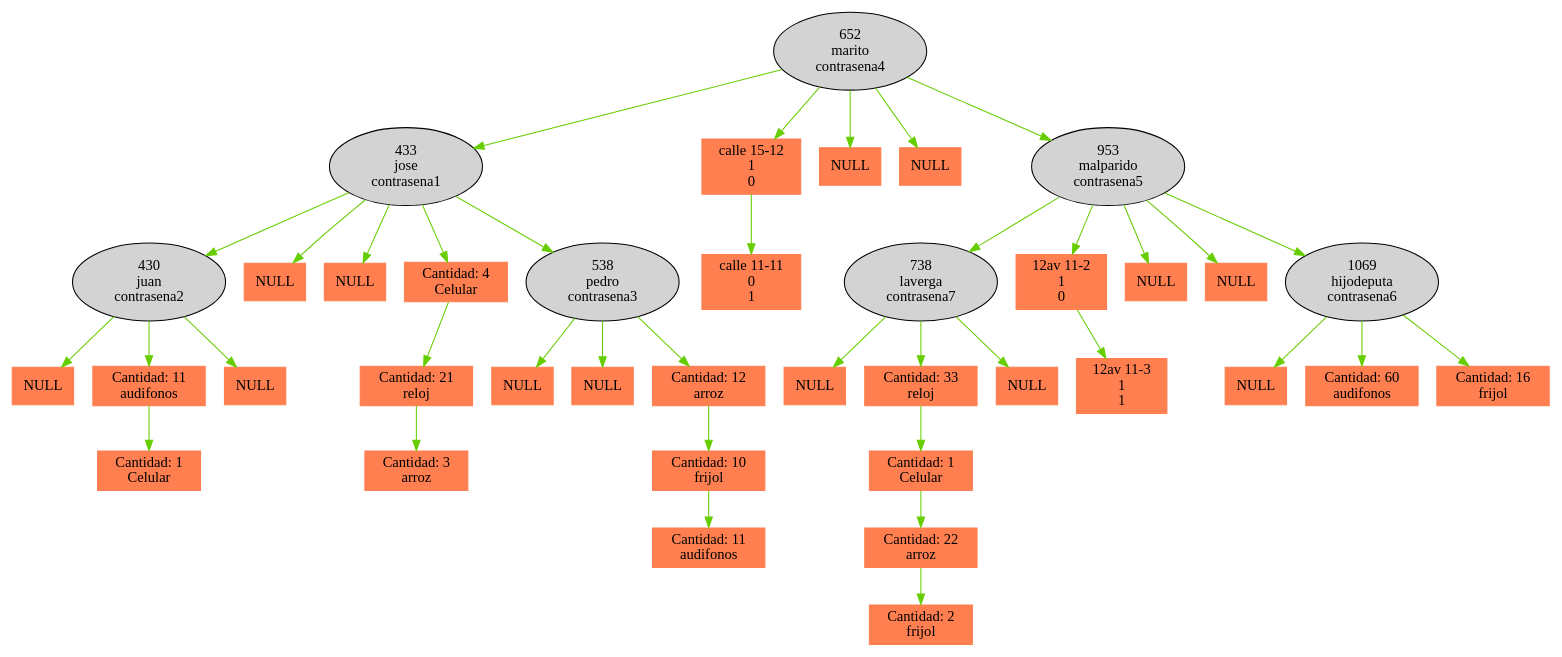
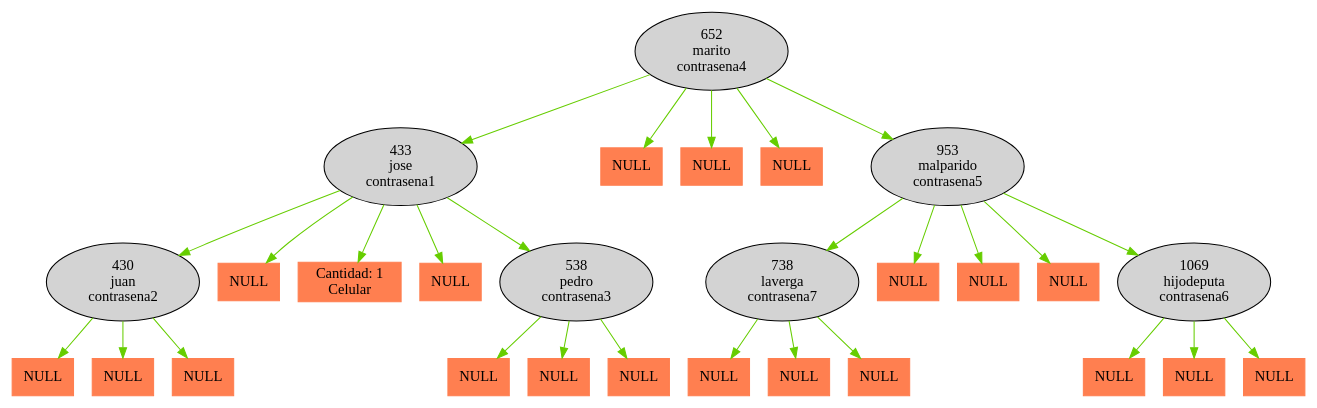
One commit to JColindres/P2-EDD-DIC18 changed the diagram in Proyecto2_201602713_201612216/Servidor/arbol.dot. Above: the diagram before and after it, drawn with Graphviz. The commit also changed 90 other files, not shown here.

```diff
--- a/Proyecto2_201602713_201612216/Servidor/arbol.dot
+++ b/Proyecto2_201602713_201612216/Servidor/arbol.dot
@@ -1,95 +1,81 @@
 digraph G {node[shape=ellipse, style=filled]; edge[color=chartreuse3];rankdir=UD 
 
 Node652[label="652\nmarito\ncontrasena4"];
 Node652 -> Node433
 Node433[label="433\njose\ncontrasena1"];
 Node433 -> Node430
 Node430[label="430\njuan\ncontrasena2"];
 Node430->Node_430_direccion_null 
  Node_430_direccion_null[shape=box,color=coral,label="NULL"];
 
-Node430->Node_430_compras_0 -> Node_430_compras_1 
- Node_430_compras_0[shape=box, color=coral, label="Cantidad: 11\naudifonos"];
- Node_430_compras_1[shape=box, color=coral, label="Cantidad: 1\nCelular"];
+Node430->Node_430_compras_null 
+ Node_430_compras_null[shape=box,color=coral,label="NULL"];
 
 Node430->Node_430_carrito_null 
  Node_430_carrito_null[shape=box,color=coral,label="NULL"];
 
 Node433->Node_433_direccion_null 
  Node_433_direccion_null[shape=box,color=coral,label="NULL"];
 
-Node433->Node_433_compras_null 
- Node_433_compras_null[shape=box,color=coral,label="NULL"];
+Node433->Node_433_compras_0 
+ Node_433_compras_0[shape=box,color=coral,label="Cantidad: 1\nCelular"];
 
-Node433->Node_433_carrito_0 -> Node_433_carrito_1 
- Node_433_carrito_0[shape=box, color=coral, label="Cantidad: 4\nCelular"];
-Node_433_carrito_1 -> Node_433_carrito_2 
- Node_433_carrito_1[shape=box, color=coral, label="Cantidad: 21\nreloj"];
- Node_433_carrito_2[shape=box, color=coral, label="Cantidad: 3\narroz"];
+Node433->Node_433_carrito_null 
+ Node_433_carrito_null[shape=box,color=coral,label="NULL"];
 
 Node433 -> Node538
 Node538[label="538\npedro\ncontrasena3"];
 Node538->Node_538_direccion_null 
  Node_538_direccion_null[shape=box,color=coral,label="NULL"];
 
 Node538->Node_538_compras_null 
  Node_538_compras_null[shape=box,color=coral,label="NULL"];
 
-Node538->Node_538_carrito_0 -> Node_538_carrito_1 
- Node_538_carrito_0[shape=box, color=coral, label="Cantidad: 12\narroz"];
-Node_538_carrito_1 -> Node_538_carrito_2 
- Node_538_carrito_1[shape=box, color=coral, label="Cantidad: 10\nfrijol"];
- Node_538_carrito_2[shape=box, color=coral, label="Cantidad: 11\naudifonos"];
+Node538->Node_538_carrito_null 
+ Node_538_carrito_null[shape=box,color=coral,label="NULL"];
 
-Node652->Node_652_direccion_0 -> Node_652_direccion_1 
- Node_652_direccion_0[shape=box, color=coral, label="calle 15-12\n1\n0"];
- Node_652_direccion_1[shape=box, color=coral, label="calle 11-11\n0\n1"];
+Node652->Node_652_direccion_null 
+ Node_652_direccion_null[shape=box,color=coral,label="NULL"];
 
 Node652->Node_652_compras_null 
  Node_652_compras_null[shape=box,color=coral,label="NULL"];
 
 Node652->Node_652_carrito_null 
  Node_652_carrito_null[shape=box,color=coral,label="NULL"];
 
 Node652 -> Node953
 Node953[label="953\nmalparido\ncontrasena5"];
 Node953 -> Node738
 Node738[label="738\nlaverga\ncontrasena7"];
 Node738->Node_738_direccion_null 
  Node_738_direccion_null[shape=box,color=coral,label="NULL"];
 
-Node738->Node_738_compras_0 -> Node_738_compras_1 
- Node_738_compras_0[shape=box, color=coral, label="Cantidad: 33\nreloj"];
-Node_738_compras_1 -> Node_738_compras_2 
- Node_738_compras_1[shape=box, color=coral, label="Cantidad: 1\nCelular"];
-Node_738_compras_2 -> Node_738_compras_3 
- Node_738_compras_2[shape=box, color=coral, label="Cantidad: 22\narroz"];
- Node_738_compras_3[shape=box, color=coral, label="Cantidad: 2\nfrijol"];
+Node738->Node_738_compras_null 
+ Node_738_compras_null[shape=box,color=coral,label="NULL"];
 
 Node738->Node_738_carrito_null 
  Node_738_carrito_null[shape=box,color=coral,label="NULL"];
 
-Node953->Node_953_direccion_0 -> Node_953_direccion_1 
- Node_953_direccion_0[shape=box, color=coral, label="12av 11-2\n1\n0"];
- Node_953_direccion_1[shape=box, color=coral, label="12av 11-3\n1\n1"];
+Node953->Node_953_direccion_null 
+ Node_953_direccion_null[shape=box,color=coral,label="NULL"];
 
 Node953->Node_953_compras_null 
  Node_953_compras_null[shape=box,color=coral,label="NULL"];
 
 Node953->Node_953_carrito_null 
  Node_953_carrito_null[shape=box,color=coral,label="NULL"];
 
 Node953 -> Node1069
 Node1069[label="1069\nhijodeputa\ncontrasena6"];
 Node1069->Node_1069_direccion_null 
  Node_1069_direccion_null[shape=box,color=coral,label="NULL"];
 
-Node1069->Node_1069_compras_0 
- Node_1069_compras_0[shape=box,color=coral,label="Cantidad: 60\naudifonos"];
+Node1069->Node_1069_compras_null 
+ Node_1069_compras_null[shape=box,color=coral,label="NULL"];
 
-Node1069->Node_1069_carrito_0 
- Node_1069_carrito_0[shape=box,color=coral,label="Cantidad: 16\nfrijol"];
+Node1069->Node_1069_carrito_null 
+ Node_1069_carrito_null[shape=box,color=coral,label="NULL"];
 
 
 
 }
```
